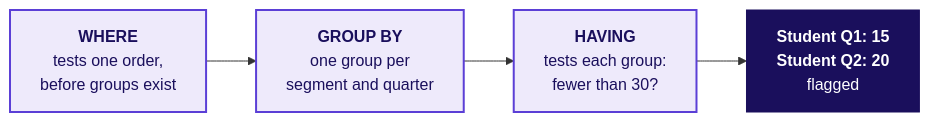
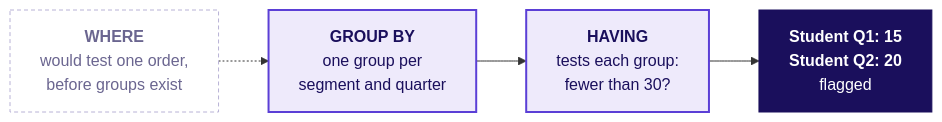
One commit to fde-academy-lab/c2-content-factory changed diagram 18 of 25 in content/W02/D1/slides/C2_W02_D01_half1_STUDENT.md. Above: the diagram before and after it, drawn with Mermaid. The commit also changed other lines of this file and 5 other files, not shown here.

````diff
--- a/content/W02/D1/slides/C2_W02_D01_half1_STUDENT.md
+++ b/content/W02/D1/slides/C2_W02_D01_half1_STUDENT.md
@@ -978,9 +1052,11 @@
 ```mermaid
 flowchart LR
-    W["<b>WHERE</b><br/>tests one order,<br/>before groups exist"] --> G["<b>GROUP BY</b><br/>one group per<br/>segment and quarter"] --> H["<b>HAVING</b><br/>tests each group:<br/>fewer than 30?"]
+    W["<b>WHERE</b><br/>would test one order,<br/>before groups exist"] -.-> G["<b>GROUP BY</b><br/>one group per<br/>segment and quarter"] --> H["<b>HAVING</b><br/>tests each group:<br/>fewer than 30?"]
     H --> R["<b>Student Q1: 15<br/>Student Q2: 20</b><br/>flagged"]
     classDef known fill:#EEEAFB,stroke:#5B3FD6,color:#1A0F5C,stroke-width:2px
+    classDef unknown fill:#FFFFFF,stroke:#B8B2D6,color:#6B6690,stroke-dasharray:4 3
     classDef bet fill:#1A0F5C,stroke:#1A0F5C,color:#FFFFFF
-    class W,G,H known
+    class G,H known
+    class W unknown
     class R bet
 ```
````
